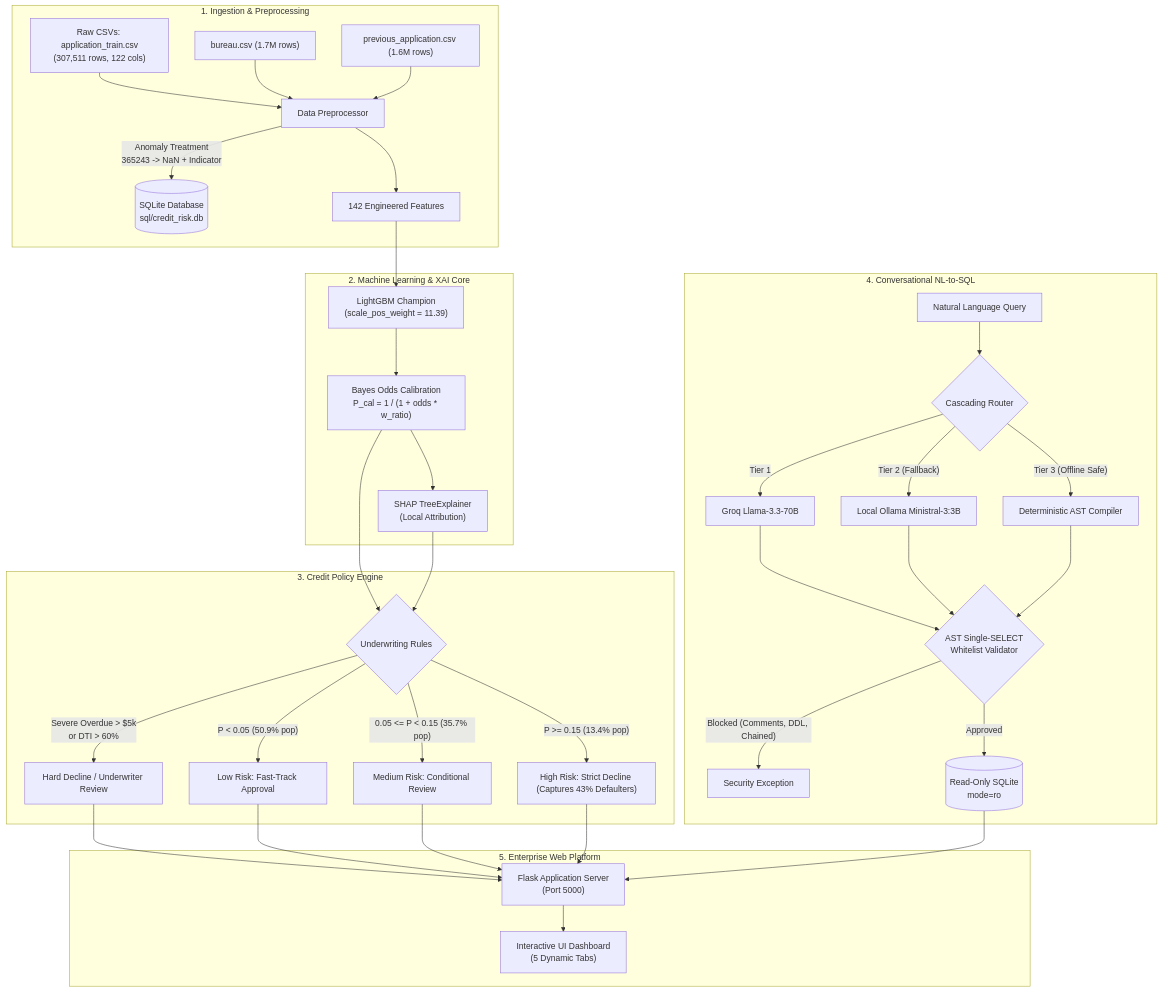
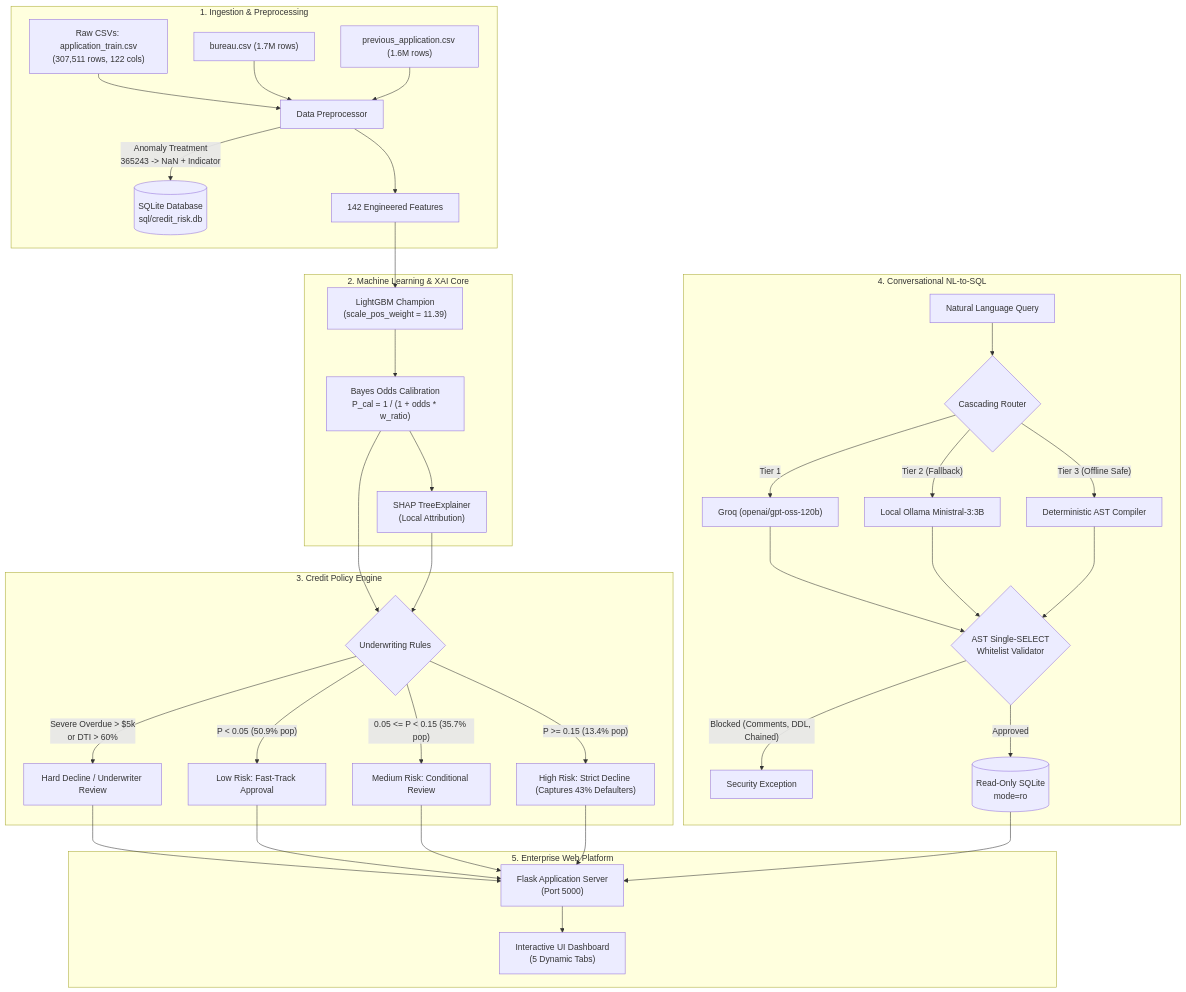
Before and after one commit to saurabhburnwal/credit-risk-intelligence-platform: the diagram in README.md, drawn with Mermaid. The commit also changed other lines of this file and 9 other files, not shown here.

````diff
--- a/README.md
+++ b/README.md
@@ -39,40 +39,40 @@
 ```mermaid
 flowchart TD
     subgraph Data_Pipeline["1. Ingestion & Preprocessing"]
         A1["Raw CSVs: application_train.csv<br/>(307,511 rows, 122 cols)"] --> AP["Data Preprocessor"]
         A2["bureau.csv (1.7M rows)"] --> AP
         A3["previous_application.csv (1.6M rows)"] --> AP
         AP -->|"Anomaly Treatment<br/>365243 -> NaN + Indicator"| DB[("SQLite Database<br/>sql/credit_risk.db")]
         AP --> FE["142 Engineered Features"]
     end
 
     subgraph ML_Core["2. Machine Learning & XAI Core"]
         FE --> L別["LightGBM Champion<br/>(scale_pos_weight = 11.39)"]
         L別 --> CAL["Bayes Odds Calibration<br/>P_cal = 1 / (1 + odds * w_ratio)"]
         CAL --> TE["SHAP TreeExplainer<br/>(Local Attribution)"]
     end
 
     subgraph Decision_Engine["3. Credit Policy Engine"]
         CAL & TE --> PE{"Underwriting Rules"}
         PE -->|"Severe Overdue > $5k<br/>or DTI > 60%"| R_DEC["Hard Decline / Underwriter Review"]
         PE -->|"P < 0.05 (50.9% pop)"| R_LOW["Low Risk: Fast-Track Approval"]
         PE -->|"0.05 <= P < 0.15 (35.7% pop)"| R_MED["Medium Risk: Conditional Review"]
         PE -->|"P >= 0.15 (13.4% pop)"| R_HI["High Risk: Strict Decline (Captures 43% Defaulters)"]
     end
 
     subgraph Talk_To_Data["4. Conversational NL-to-SQL"]
         NL["Natural Language Query"] --> ROUTER{"Cascading Router"}
-        ROUTER -->|"Tier 1"| GROQ["Groq Llama-3.3-70B"]
+        ROUTER -->|"Tier 1"| GROQ["Groq (openai/gpt-oss-120b)"]
         ROUTER -->|"Tier 2 (Fallback)"| OLLAMA["Local Ollama Ministral-3:3B"]
         ROUTER -->|"Tier 3 (Offline Safe)"| DET["Deterministic AST Compiler"]
         GROQ & OLLAMA & DET --> VAL{"AST Single-SELECT<br/>Whitelist Validator"}
         VAL -->|"Blocked (Comments, DDL, Chained)"| ERR["Security Exception"]
         VAL -->|"Approved"| RO_DB[("Read-Only SQLite<br/>mode=ro")]
     end
 
     subgraph UI_Layer["5. Enterprise Web Platform"]
         R_DEC & R_LOW & R_MED & R_HI --> FLASK["Flask Application Server<br/>(Port 5000)"]
         RO_DB --> FLASK
         FLASK --> WEB["Interactive UI Dashboard<br/>(5 Dynamic Tabs)"]
     end
 ```
````
